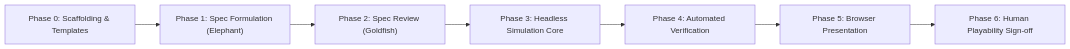
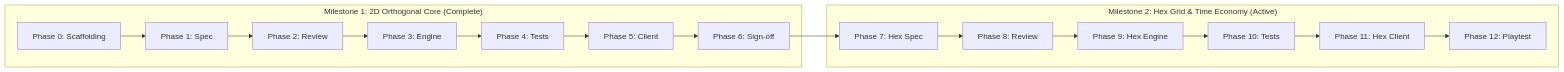
The diagram in TASKS.md (terra-campaigns/emergent), drawn with Mermaid before and after one commit. The commit also changed other lines of this file and 10 other files, not shown here.

````diff
--- a/TASKS.md
+++ b/TASKS.md
@@ -39,9 +41,19 @@
 ```mermaid
 flowchart LR
-    P0["Phase 0: Scaffolding & Templates"] --> P1["Phase 1: Spec Formulation (Elephant)"]
-    P1 --> P2["Phase 2: Spec Review (Goldfish)"]
-    P2 --> P3["Phase 3: Headless Simulation Core"]
-    P3 --> P4["Phase 4: Automated Verification"]
-    P4 --> P5["Phase 5: Browser Presentation"]
-    P5 --> P6["Phase 6: Human Playability Sign-off"]
+    subgraph M1["Milestone 1: 2D Orthogonal Core (Complete)"]
+        P0["Phase 0: Scaffolding"] --> P1["Phase 1: Spec"]
+        P1 --> P2["Phase 2: Review"]
+        P2 --> P3["Phase 3: Engine"]
+        P3 --> P4["Phase 4: Tests"]
+        P4 --> P5["Phase 5: Client"]
+        P5 --> P6["Phase 6: Sign-off"]
+    end
+    subgraph M2["Milestone 2: Hex Grid & Time Economy (Active)"]
+        P6 --> P7["Phase 7: Hex Spec"]
+        P7 --> P8["Phase 8: Review"]
+        P8 --> P9["Phase 9: Hex Engine"]
+        P9 --> P10["Phase 10: Tests"]
+        P10 --> P11["Phase 11: Hex Client"]
+        P11 --> P12["Phase 12: Playtest"]
+    end
 ```
````
